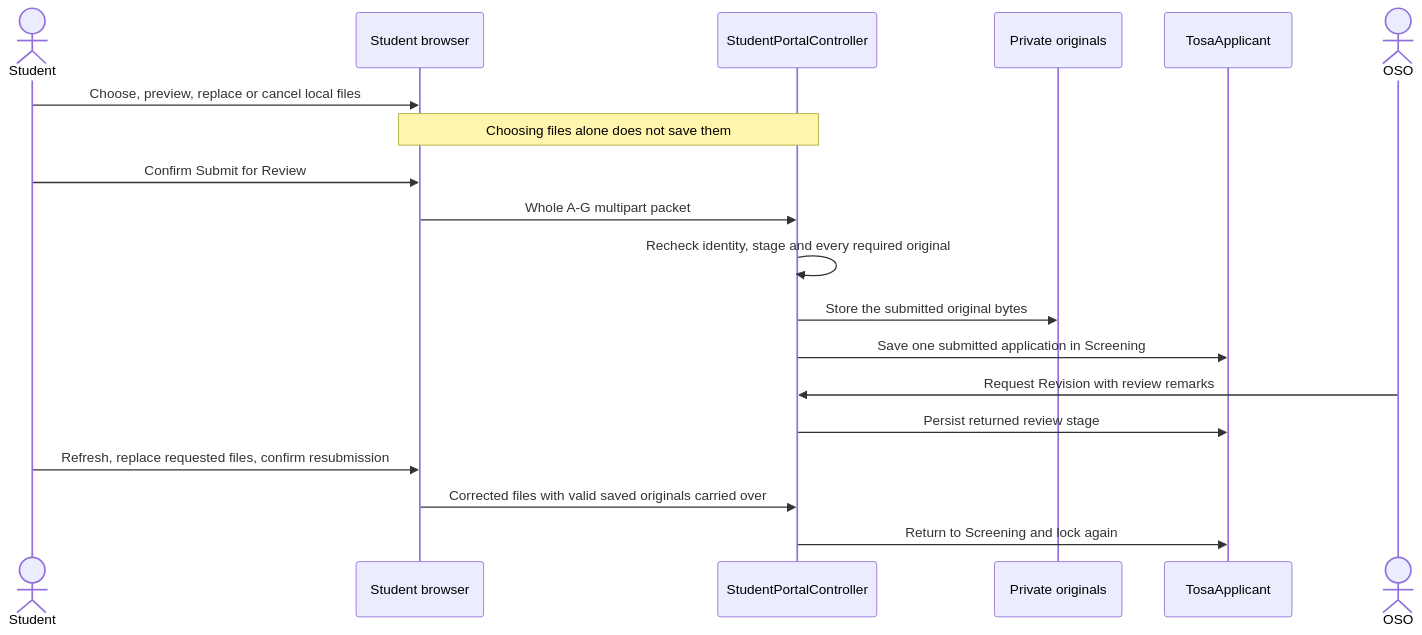
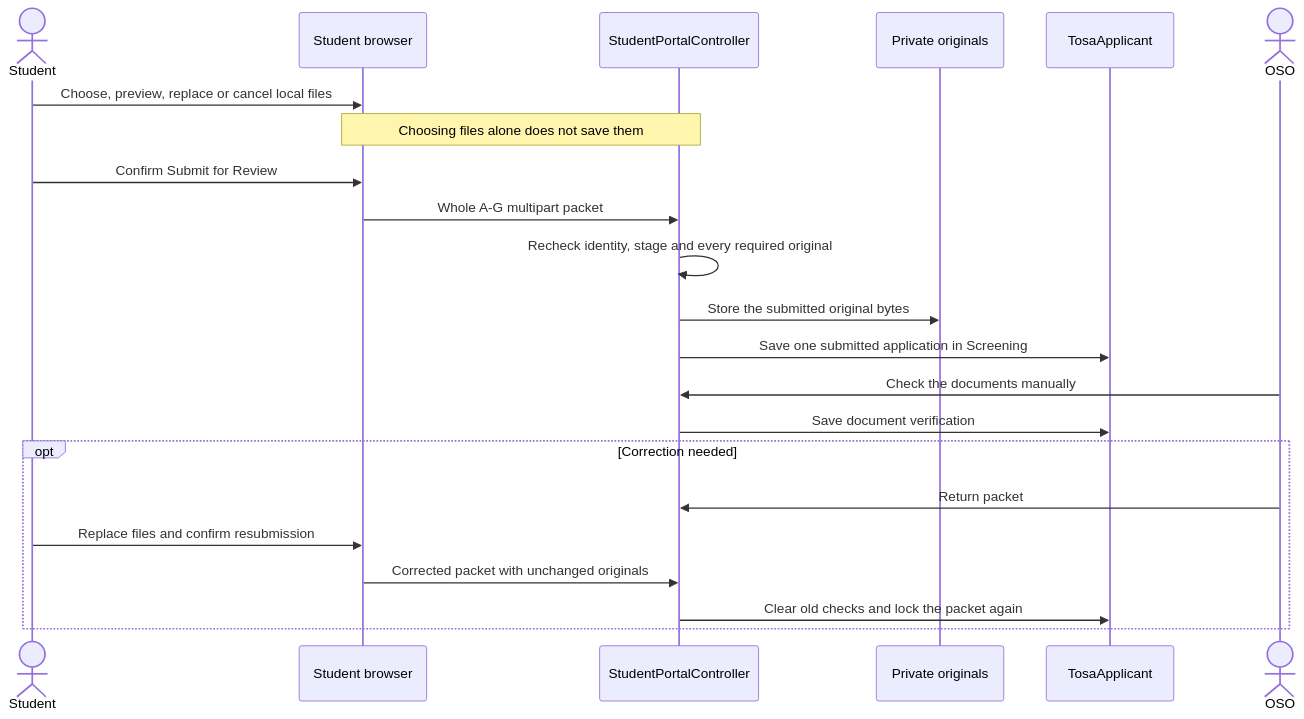
The second of 2 diagrams in ORGCHAIN/01 - System Architecture/End-to-End Data Flow.md (chals1029/OrgChainProject), drawn with Mermaid before and after one commit. The commit also changed other lines of this file and 62 other files, not shown here.

````diff
--- a/ORGCHAIN/01 - System Architecture/End-to-End Data Flow.md
+++ b/ORGCHAIN/01 - System Architecture/End-to-End Data Flow.md
@@ -41,21 +41,24 @@
 ```mermaid
 sequenceDiagram
     actor Student
     participant UI as Student browser
     participant App as StudentPortalController
     participant Files as Private originals
     participant DB as TosaApplicant
     actor OSO
     Student->>UI: Choose, preview, replace or cancel local files
     Note over UI,App: Choosing files alone does not save them
     Student->>UI: Confirm Submit for Review
     UI->>App: Whole A-G multipart packet
     App->>App: Recheck identity, stage and every required original
     App->>Files: Store the submitted original bytes
     App->>DB: Save one submitted application in Screening
-    OSO->>App: Request Revision with review remarks
-    App->>DB: Persist returned review stage
-    Student->>UI: Refresh, replace requested files, confirm resubmission
-    UI->>App: Corrected files with valid saved originals carried over
-    App->>DB: Return to Screening and lock again
+    OSO->>App: Check the documents manually
+    App->>DB: Save document verification
+    opt Correction needed
+        OSO->>App: Return packet
+        Student->>UI: Replace files and confirm resubmission
+        UI->>App: Corrected packet with unchanged originals
+        App->>DB: Clear old checks and lock the packet again
+    end
 ```
````
